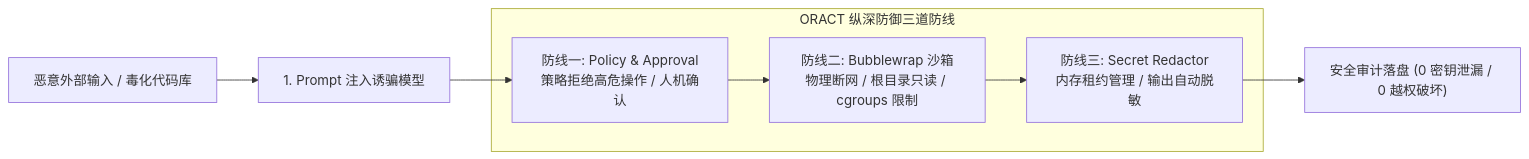
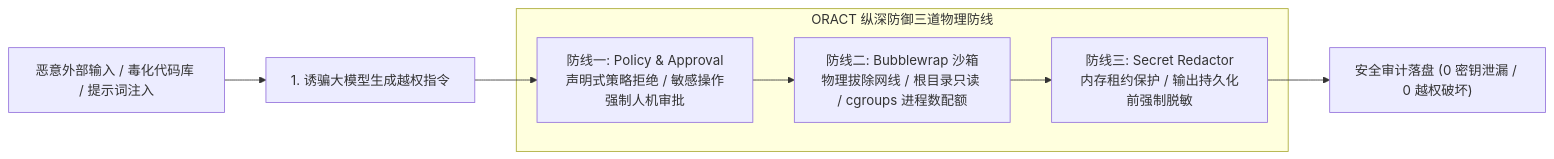
Before and after one commit to MoreConsequence/MoreConsequence.github.io: the first of 2 diagrams in content/posts/oract-03-security-boundary-and-bubblewrap.md, drawn with Mermaid. The commit also changed other lines of this file and 11 other files, not shown here.

````diff
--- a/content/posts/oract-03-security-boundary-and-bubblewrap.md
+++ b/content/posts/oract-03-security-boundary-and-bubblewrap.md
@@ -17,15 +17,15 @@
 ```mermaid
 flowchart LR
-    Attacker["恶意外部输入 / 毒化代码库"] --> Injection["1. Prompt 注入诱骗模型"]
+    Attacker["恶意外部输入 / 毒化代码库 / 提示词注入"] --> Injection["1. 诱骗大模型生成越权指令"]
     
-    subgraph Defenses["ORACT 纵深防御三道防线"]
-        P["防线一: Policy & Approval<br/>策略拒绝高危操作 / 人机确认"]
-        S["防线二: Bubblewrap 沙箱<br/>物理断网 / 根目录只读 / cgroups 限制"]
-        R["防线三: Secret Redactor<br/>内存租约管理 / 输出自动脱敏"]
+    subgraph Defenses["ORACT 纵深防御三道物理防线"]
+        P["防线一: Policy & Approval<br/>声明式策略拒绝 / 敏感操作强制人机审批"]
+        S["防线二: Bubblewrap 沙箱<br/>物理拔除网线 / 根目录只读 / cgroups 进程数配额"]
+        R["防线三: Secret Redactor<br/>内存租约保护 / 输出持久化前强制脱敏"]
     end
     
     Injection --> P
     P --> S
     S --> R
     R --> Safe["安全审计落盘 (0 密钥泄漏 / 0 越权破坏)"]
 ```
````
